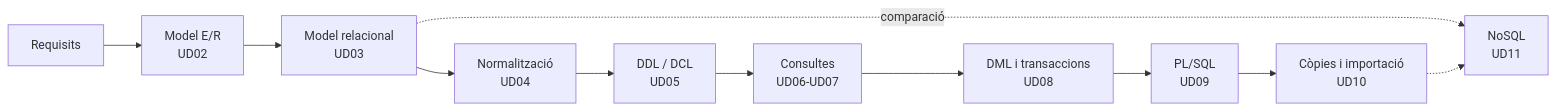
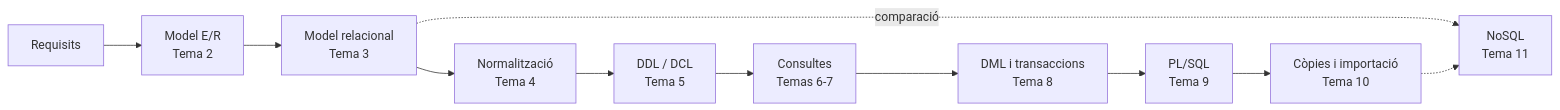
Before and after one commit to LorenaLResusta/GBD: the diagram in content.val/_index.md, drawn with Mermaid. The commit also changed other lines of this file and 132 other files, not shown here.

````diff
--- a/content.val/_index.md
+++ b/content.val/_index.md
@@ -25,13 +25,13 @@
 ```mermaid
 flowchart LR
-    A[Requisits] --> B[Model E/R<br/>UD02]
-    B --> C[Model relacional<br/>UD03]
-    C --> D[Normalització<br/>UD04]
-    D --> E[DDL / DCL<br/>UD05]
-    E --> F[Consultes<br/>UD06-UD07]
-    F --> G[DML i transaccions<br/>UD08]
-    G --> H[PL/SQL<br/>UD09]
-    H --> J[Còpies i importació<br/>UD10]
-    C -.comparació.-> I[NoSQL<br/>UD11]
+    A[Requisits] --> B[Model E/R<br/>Tema 2]
+    B --> C[Model relacional<br/>Tema 3]
+    C --> D[Normalització<br/>Tema 4]
+    D --> E[DDL / DCL<br/>Tema 5]
+    E --> F[Consultes<br/>Temas 6-7]
+    F --> G[DML i transaccions<br/>Tema 8]
+    G --> H[PL/SQL<br/>Tema 9]
+    H --> J[Còpies i importació<br/>Tema 10]
+    C -.comparació.-> I[NoSQL<br/>Tema 11]
     J -.-> I
 ```
````
